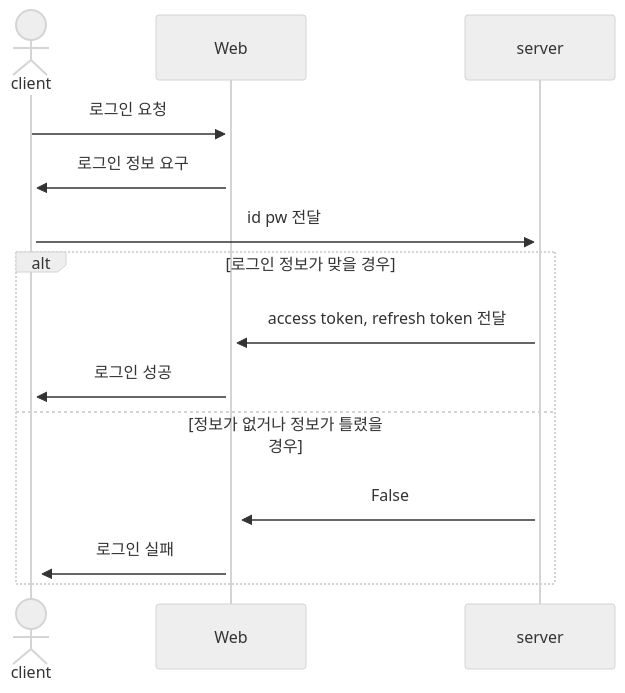
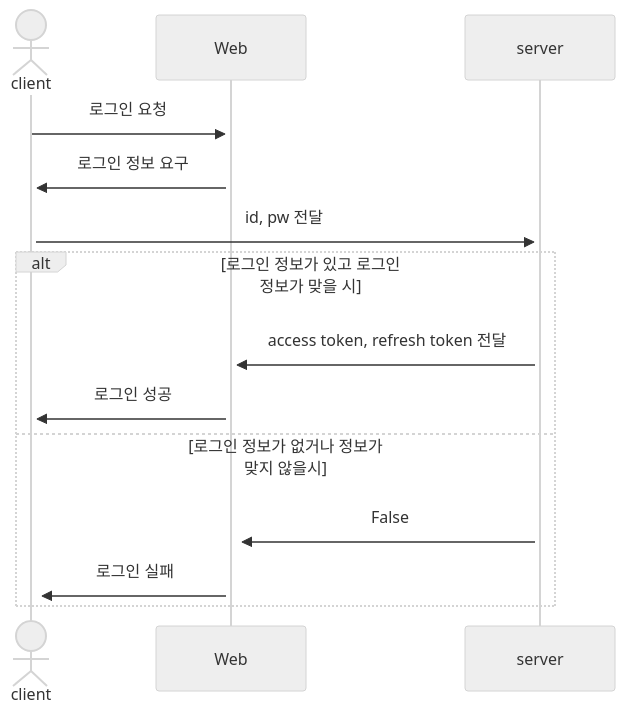
One commit to weniv/project_sample_repo changed the first of 6 diagrams in README.md. Above: the diagram before and after it, drawn with Mermaid (neutral theme). The commit also changed other lines of this file, not shown here.

````diff
--- a/README.md
+++ b/README.md
@@ -167,16 +168,16 @@
 ```mermaid
-sequenceDiagram
+    sequenceDiagram
     actor A as client
     participant B as Web
     participant C as server
     A->>+B: 로그인 요청
     B->>+A: 로그인 정보 요구
-    A->>+C: id pw 전달
-    alt 로그인 정보가 맞을 경우
+    A->>+C: id, pw 전달
+    alt 로그인 정보가 있고 로그인 정보가 맞을 시
     C->>+B: access token, refresh token 전달
     B->>+A: 로그인 성공
-    else 정보가 없거나 정보가 틀렸을 경우
+    else 로그인 정보가 없거나 정보가 맞지 않을시
     C->>+B: False
     B->>+A: 로그인 실패
-end
+    end
 ```
````
